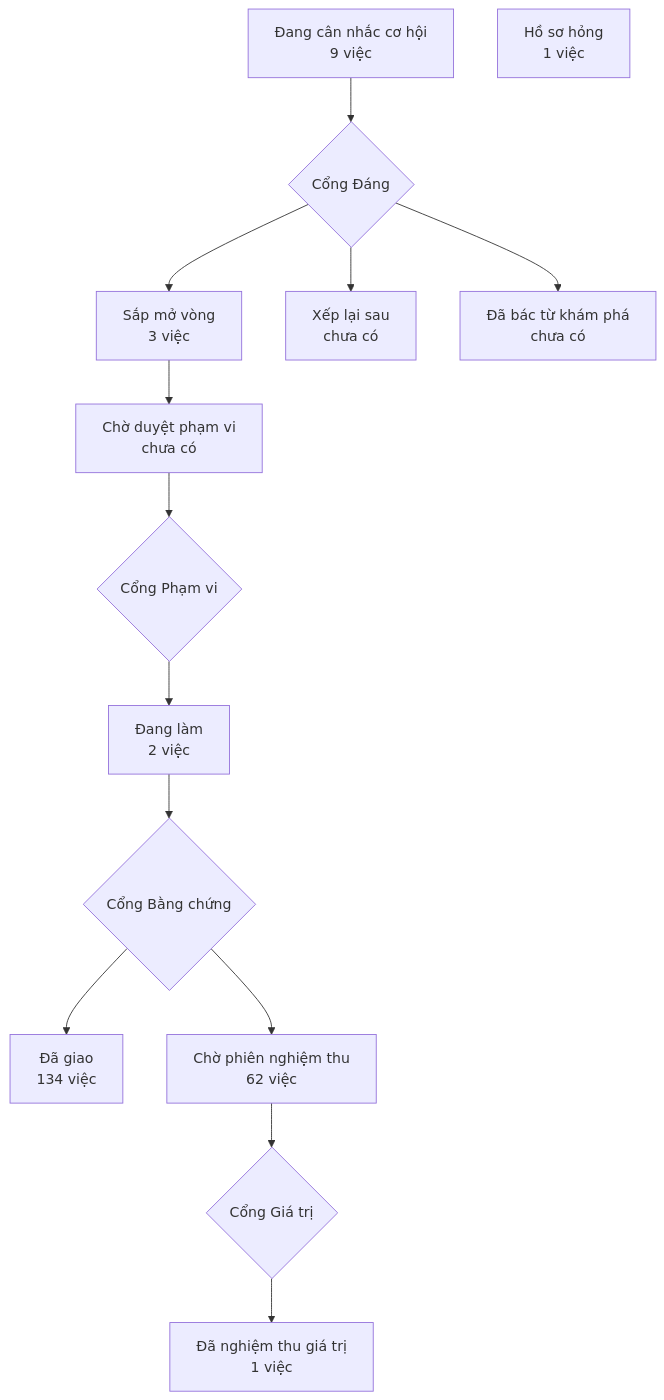
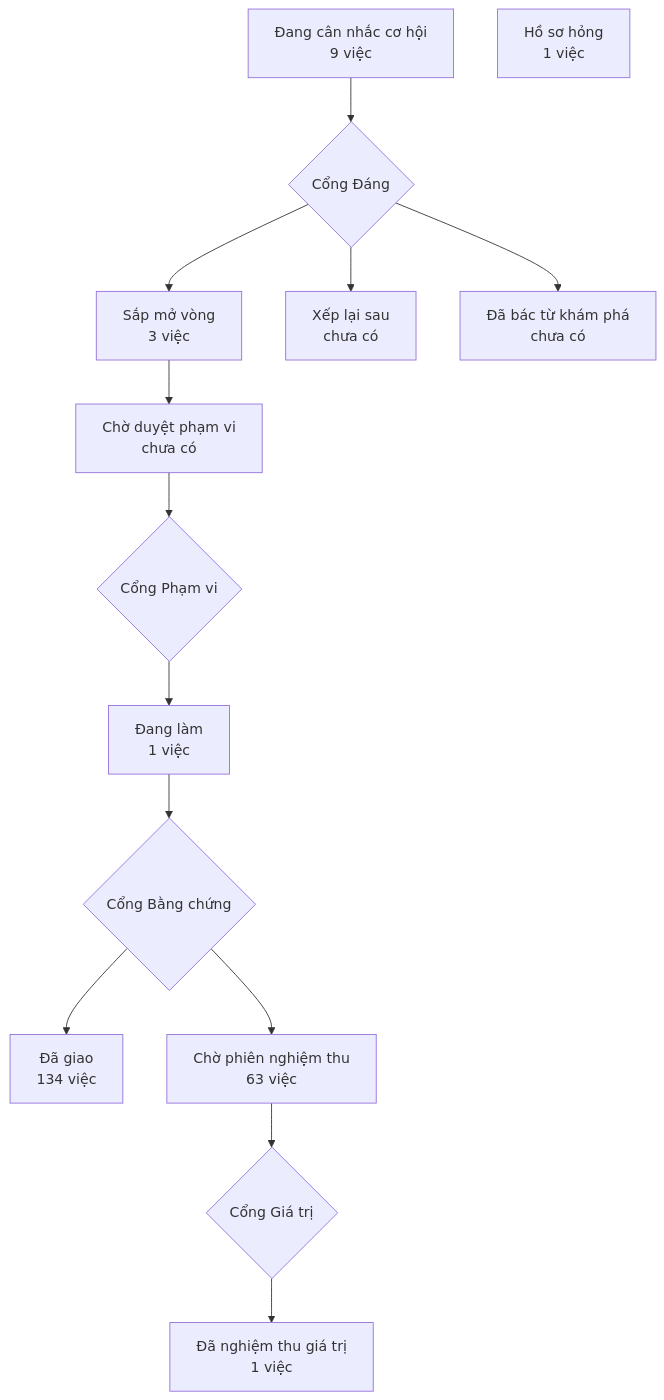
The diagram in PRODUCT-MAP.md (phanlemanh/crm-onehub), drawn with Mermaid before and after one commit. The commit also changed 1 other file, not shown here.

Commit message:
chore: vẽ lại bản đồ sản phẩm từ bản sạch trước PR E1b

````diff
--- a/PRODUCT-MAP.md
+++ b/PRODUCT-MAP.md
@@ -7,13 +7,13 @@
 ```mermaid
 flowchart TD
   A["Đang cân nhắc cơ hội<br/>9 việc"] --> GD{"Cổng Đáng"}
   GD --> B["Sắp mở vòng<br/>3 việc"]
   GD --> XL["Xếp lại sau<br/>chưa có"]
   GD --> DB["Đã bác từ khám phá<br/>chưa có"]
   B --> CD["Chờ duyệt phạm vi<br/>chưa có"] --> GP{"Cổng Phạm vi"}
-  GP --> DL["Đang làm<br/>2 việc"] --> GB{"Cổng Bằng chứng"}
+  GP --> DL["Đang làm<br/>1 việc"] --> GB{"Cổng Bằng chứng"}
   GB --> DG["Đã giao<br/>134 việc"]
-  GB --> CN["Chờ phiên nghiệm thu<br/>62 việc"] --> GG{"Cổng Giá trị"}
+  GB --> CN["Chờ phiên nghiệm thu<br/>63 việc"] --> GG{"Cổng Giá trị"}
   GG --> NT["Đã nghiệm thu giá trị<br/>1 việc"]
   HS["Hồ sơ hỏng<br/>1 việc"]
 ```
````
